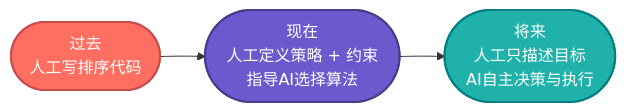
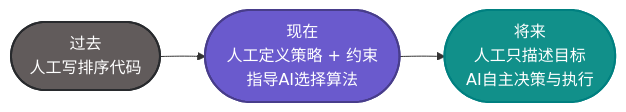
Before and after one commit to microwind/algorithms: diagram 14 of 15 in sorting/AI-Era-Top-10-Sorting-Algorithms.md, drawn with Mermaid. The commit also changed other lines of this file and 2 other files, not shown here.

````diff
--- a/sorting/AI-Era-Top-10-Sorting-Algorithms.md
+++ b/sorting/AI-Era-Top-10-Sorting-Algorithms.md
@@ -841,13 +913,13 @@
 ```mermaid
 %%{init: {'flowchart': {'nodeSpacing': 50, 'rankSpacing': 45, 'padding': 20}}}%%
 graph LR
     PAST(["过去<br/>人工写排序代码"]):::past
     NOW(["现在<br/>人工定义策略 + 约束<br/>指导AI选择算法"]):::now
     FUTURE(["将来<br/>人工只描述目标<br/>AI自主决策与执行"]):::future
 
     PAST --> NOW --> FUTURE
 
-    classDef past fill:#ff6f61,color:#fff,stroke:#c94c4c,stroke-width:2px,rx:14,ry:14
+    classDef past fill:#615B5B,stroke:#282A2D,color:#ffffff,stroke-width:2px,rx:12,ry:12
     classDef now fill:#6a5acd,color:#fff,stroke:#483d8b,stroke-width:2px,rx:14,ry:14
-    classDef future fill:#20b2aa,color:#fff,stroke:#008080,stroke-width:2px,rx:14,ry:14
+    classDef future fill:#11908A,color:#fff,stroke:#008080,stroke-width:2px,rx:14,ry:14
 ```
````
